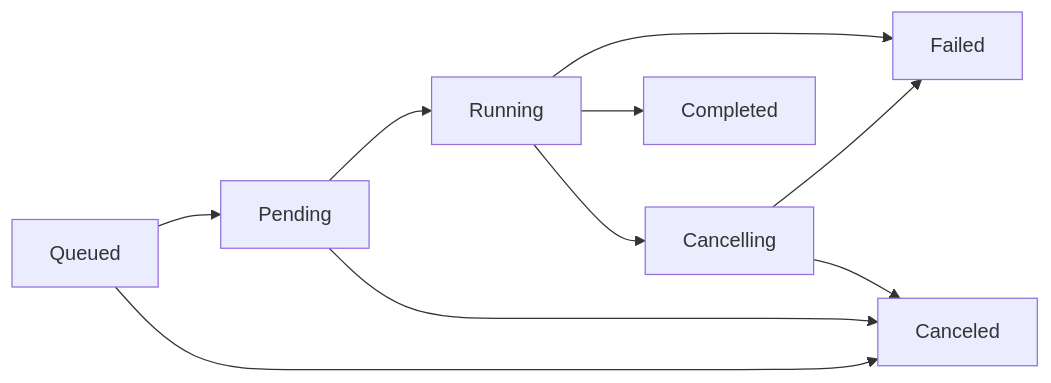
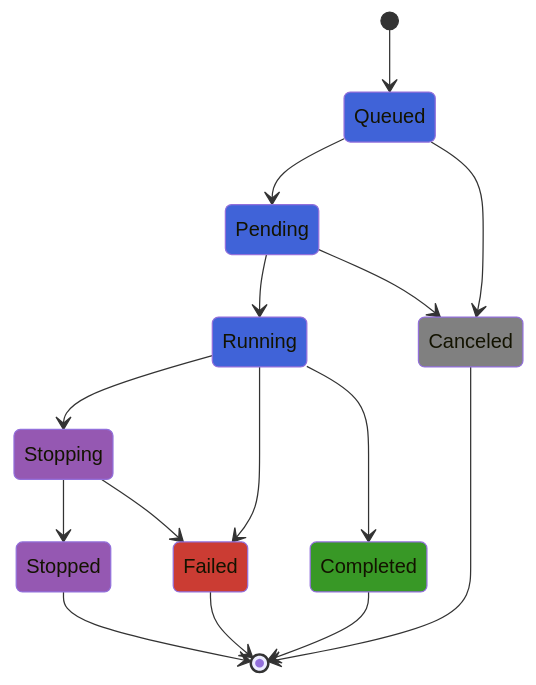
The diagram in README.md (andreykochegura/JackBaboon.jl), drawn with Mermaid before and after one commit. The commit also changed other lines of this file and 29 other files, not shown here.

````diff
--- a/README.md
+++ b/README.md
@@ -33,15 +64,35 @@
 ```mermaid
-flowchart LR
+    stateDiagram-v2
+    classDef queued fill:#4063D8
+    classDef pending fill:#4063D8
+    classDef running fill:#4063D8
+    classDef completed fill:#389826
+    classDef failed fill:#CB3C33
+    classDef stopping fill:#9558B2
+    classDef stopped fill:#9558B2
+    classDef canceled fill:grey
+
+    class Queued queued
+    class Pending pending
+    class Running running
+    class Completed completed
+    class Failed failed
+    class Stopping stopping
+    class Stopped stopped
+    class Canceled canceled
+
+    [*] --> Queued
     Queued --> Pending
     Queued --> Canceled
-
     Pending --> Running
     Pending --> Canceled
-
-    Cancelling --> Canceled
-    Cancelling --> Failed
-
+    Running --> Stopping
+    Running --> Failed
     Running --> Completed
-    Running --> Cancelling
-    Running --> Failed
+    Stopping --> Stopped
+    Stopping --> Failed
+    Stopped --> [*]
+    Canceled --> [*]
+    Completed --> [*]
+    Failed --> [*]
 ```
````
